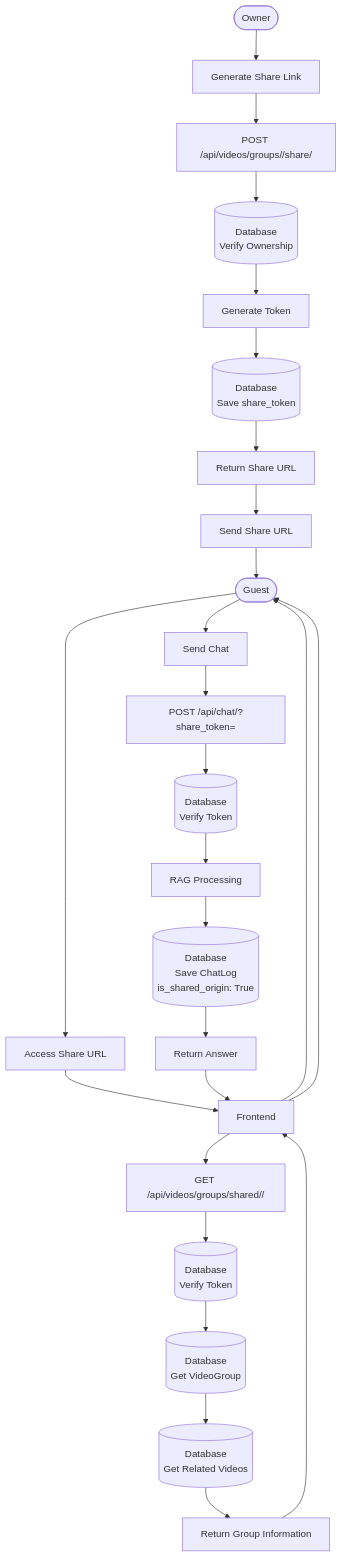
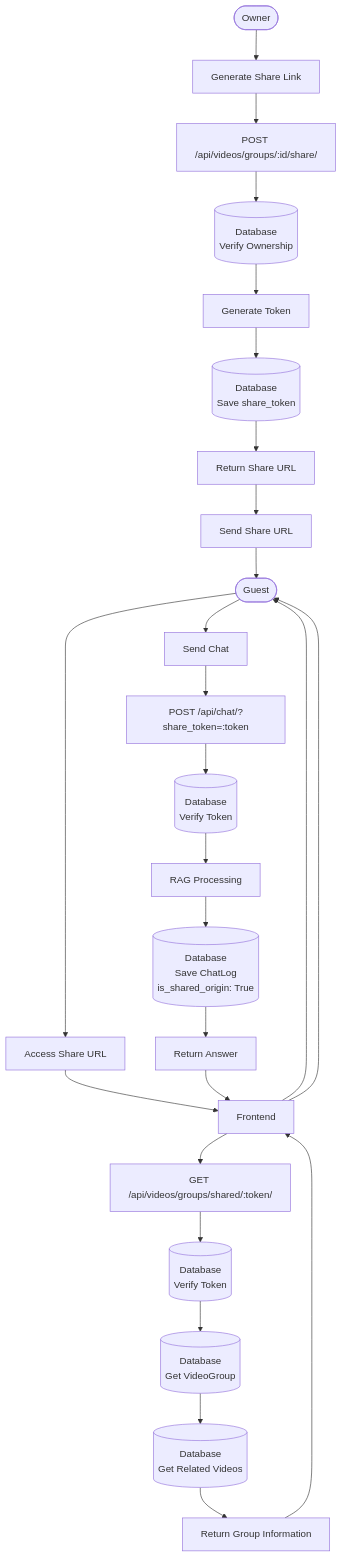
One commit to yukiharada1228/videoq changed the fourth of 9 diagrams in docs/database/data-flow-diagram.md. Above: the diagram before and after it, drawn with Mermaid. The commit also changed other lines of this file and 1 other file, not shown here.

Commit message:
docs: fix mermaid rendering compatibility

````diff
--- a/docs/database/data-flow-diagram.md
+++ b/docs/database/data-flow-diagram.md
@@ -127,31 +127,31 @@
 ```mermaid
 flowchart TD
     Start1([Owner]) --> Generate[Generate Share Link]
-    Generate --> API1[POST /api/videos/groups/<id>/share/]
-    API1 --> Validate1[(Database<br/>Verify Ownership)]
+    Generate --> API1[POST /api/videos/groups/:id/share/]
+    API1 --> Validate1[(Database<br>Verify Ownership)]
     Validate1 --> GenerateToken[Generate Token]
-    GenerateToken --> SaveToken[(Database<br/>Save share_token)]
+    GenerateToken --> SaveToken[(Database<br>Save share_token)]
     SaveToken --> ReturnURL[Return Share URL]
     ReturnURL --> Share[Send Share URL]
     
     Share --> Guest([Guest])
     Guest --> Access[Access Share URL]
     Access --> Frontend[Frontend]
-    Frontend --> API2[GET /api/videos/groups/shared/<token>/]
+    Frontend --> API2[GET /api/videos/groups/shared/:token/]
     
-    API2 --> ValidateToken[(Database<br/>Verify Token)]
-    ValidateToken --> GetGroup[(Database<br/>Get VideoGroup)]
-    GetGroup --> GetVideos[(Database<br/>Get Related Videos)]
+    API2 --> ValidateToken[(Database<br>Verify Token)]
+    ValidateToken --> GetGroup[(Database<br>Get VideoGroup)]
+    GetGroup --> GetVideos[(Database<br>Get Related Videos)]
     GetVideos --> Response[Return Group Information]
     Response --> Frontend
     Frontend --> Guest
     
     Guest --> Chat[Send Chat]
-    Chat --> API3[POST /api/chat/?share_token=<token>]
-    API3 --> ValidateToken2[(Database<br/>Verify Token)]
+    Chat --> API3[POST /api/chat/?share_token=:token]
+    API3 --> ValidateToken2[(Database<br>Verify Token)]
     ValidateToken2 --> RAG[RAG Processing]
-    RAG --> SaveLog[(Database<br/>Save ChatLog<br/>is_shared_origin: True)]
+    RAG --> SaveLog[(Database<br>Save ChatLog<br>is_shared_origin: True)]
     SaveLog --> ReturnAnswer[Return Answer]
     ReturnAnswer --> Frontend
     Frontend --> Guest
 ```
````
